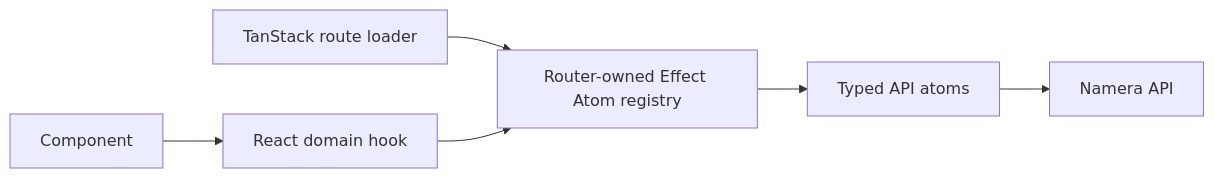
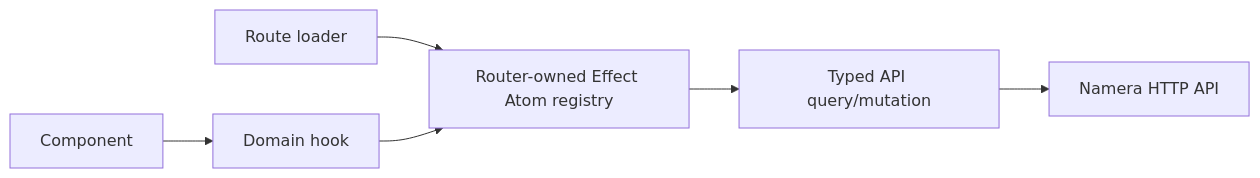
One commit to thenamespace/namera changed the diagram in architecture/frontend/dashboard.md. Above: the diagram before and after it, drawn with Mermaid. The commit also changed other lines of this file and 63 other files, not shown here.

Commit message:
docs: align architecture with current runtime

````diff
--- a/architecture/frontend/dashboard.md
+++ b/architecture/frontend/dashboard.md
@@ -8,8 +8,8 @@
 ```mermaid
 flowchart LR
-  Loader[TanStack route loader] --> Registry[Router-owned Effect Atom registry]
-  Registry --> API[Typed API atoms]
-  Hook[React domain hook] --> Registry
+  Loader[Route loader] --> Registry[Router-owned Effect Atom registry]
+  Hook[Domain hook] --> Registry
+  Registry --> Atom[Typed API query/mutation]
+  Atom --> API[Namera HTTP API]
   Component --> Hook
-  API --> Server[Namera API]
 ```
````
